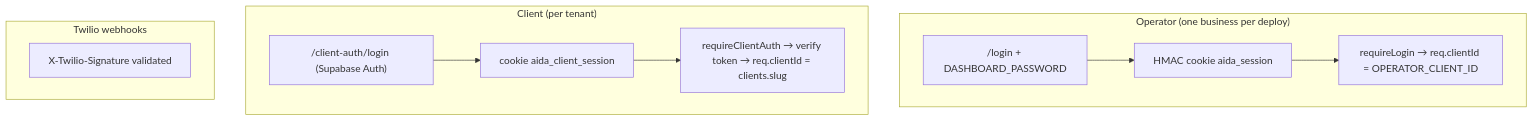
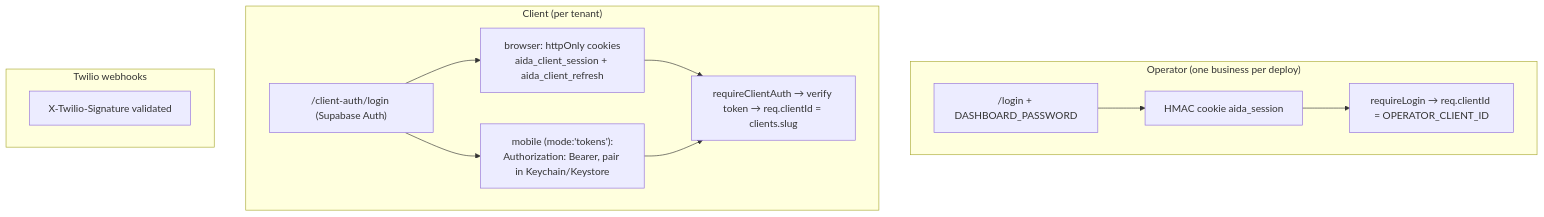
The second of 2 diagrams in docs/ARCHITECTURE.md (Foxtrot15/call-recorder), drawn with Mermaid before and after one commit. The commit also changed other lines of this file and 15 other files, not shown here.

````diff
--- a/docs/ARCHITECTURE.md
+++ b/docs/ARCHITECTURE.md
@@ -154,14 +154,16 @@
 ```mermaid
 flowchart TD
     subgraph OP["Operator (one business per deploy)"]
         OPL["/login + DASHBOARD_PASSWORD"] --> OPC["HMAC cookie aida_session"]
         OPC --> OPR["requireLogin → req.clientId = OPERATOR_CLIENT_ID"]
     end
     subgraph CLI["Client (per tenant)"]
-        CLL["/client-auth/login (Supabase Auth)"] --> CLC["cookie aida_client_session"]
+        CLL["/client-auth/login (Supabase Auth)"] --> CLC["browser: httpOnly cookies<br/>aida_client_session + aida_client_refresh"]
+        CLL --> CLB["mobile (mode:'tokens'):<br/>Authorization: Bearer, pair in Keychain/Keystore"]
         CLC --> CLR["requireClientAuth → verify token → req.clientId = clients.slug"]
+        CLB --> CLR
     end
     subgraph WH["Twilio webhooks"]
         WHS["X-Twilio-Signature validated"]
     end
 ```
````
